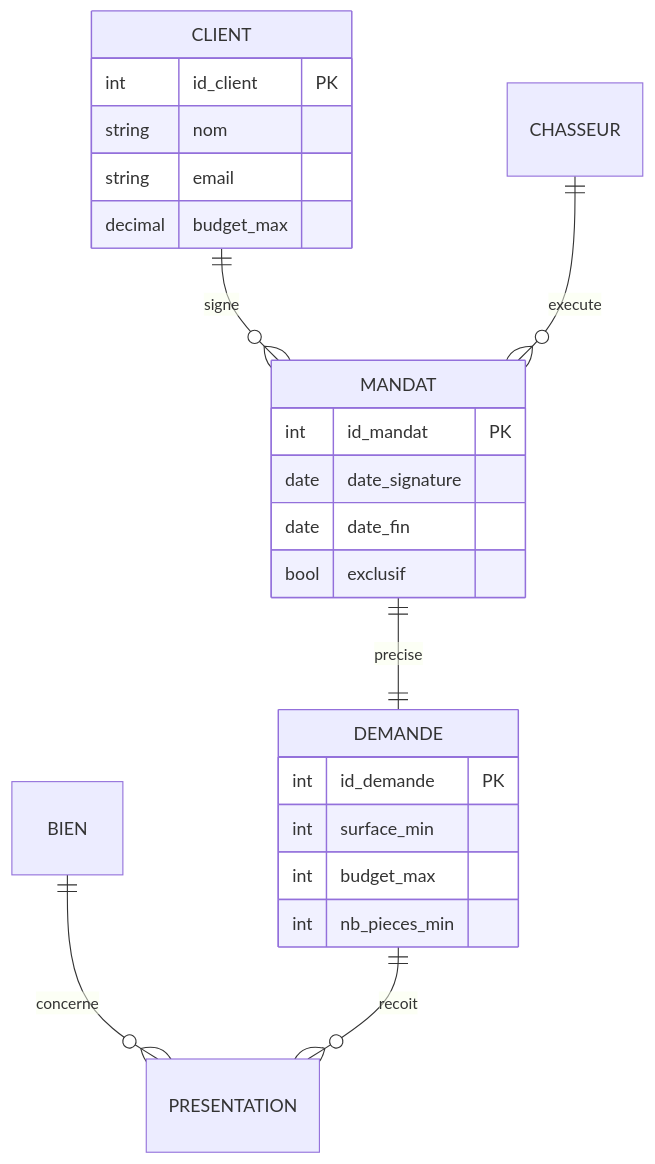
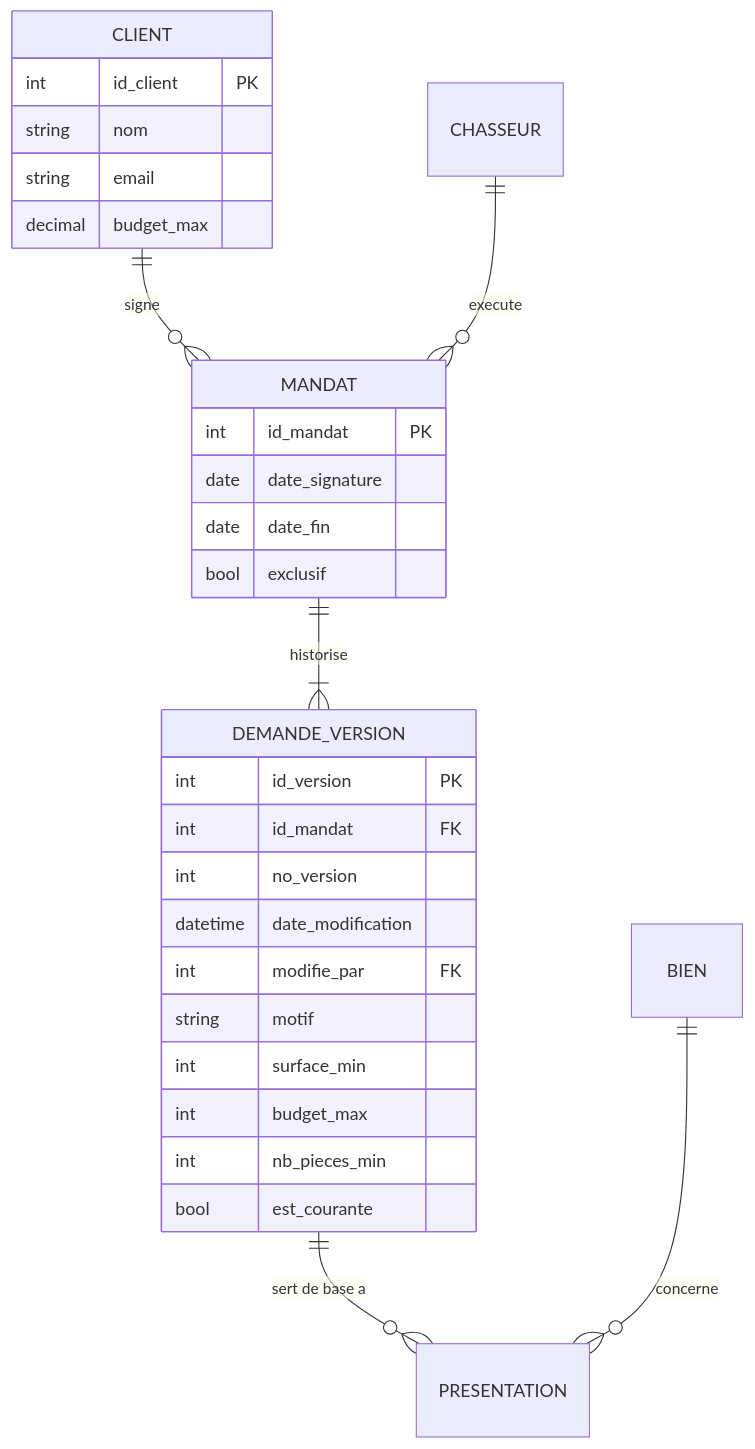
One commit to Fil-Rouge-Big-Data/Fil-Rouge-EISI-Data-IA-26-D04-StarterPack changed the diagram in documents utiles/MCD-MERISE.md. Above: the diagram before and after it, drawn with Mermaid. The commit also changed other lines of this file and 2 other files, not shown here.

````diff
--- a/documents utiles/MCD-MERISE.md
+++ b/documents utiles/MCD-MERISE.md
@@ -46,26 +46,32 @@
 ```mermaid
 erDiagram
     CLIENT   ||--o{ MANDAT : signe
     CHASSEUR ||--o{ MANDAT : execute
-    MANDAT   ||--|| DEMANDE : precise
+    MANDAT   ||--|{ DEMANDE_VERSION : "historise"
+    DEMANDE_VERSION ||--o{ PRESENTATION : "sert de base a"
     BIEN     ||--o{ PRESENTATION : concerne
-    DEMANDE  ||--o{ PRESENTATION : recoit
     CLIENT {
         int id_client PK
         string nom
         string email
         decimal budget_max
     }
     MANDAT {
         int id_mandat PK
         date date_signature
         date date_fin
         bool exclusif
     }
-    DEMANDE {
-        int id_demande PK
+    DEMANDE_VERSION {
+        int id_version PK
+        int id_mandat FK
+        int no_version
+        datetime date_modification
+        int modifie_par FK
+        string motif
         int surface_min
         int budget_max
         int nb_pieces_min
+        bool est_courante
     }
 ```
````
